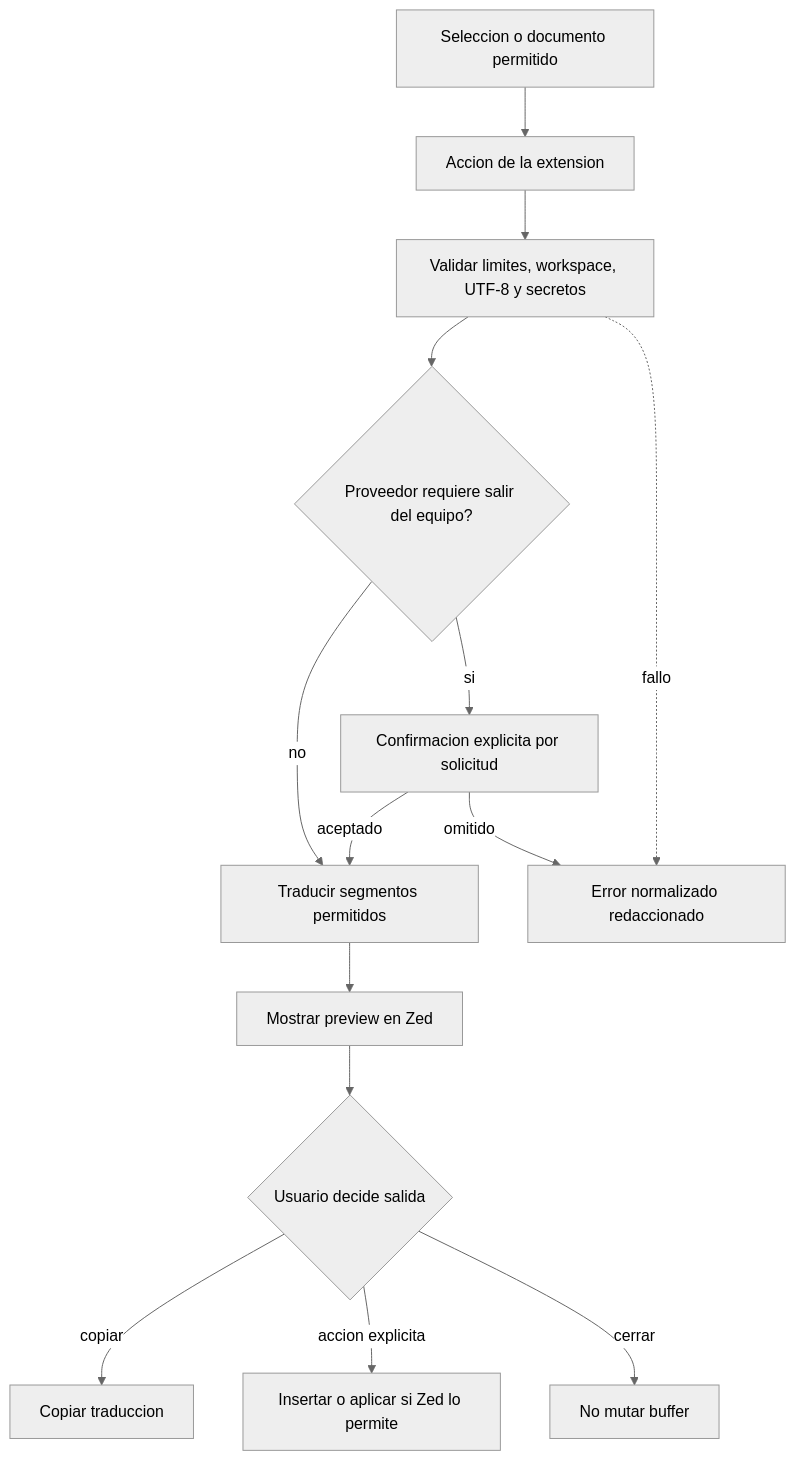
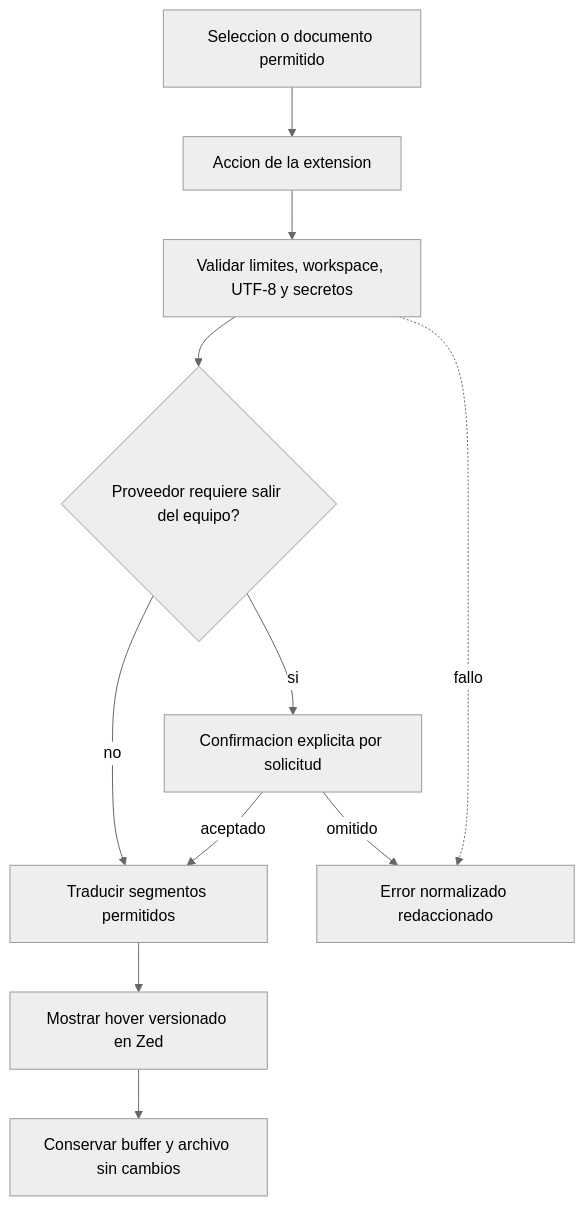
One commit to Theos48/zed-en-es-translator changed the second of 8 diagrams in docs/diagrams.md. Above: the diagram before and after it, drawn with Mermaid (neutral theme). The commit also changed other lines of this file and 57 other files, not shown here.

````diff
--- a/docs/diagrams.md
+++ b/docs/diagrams.md
@@ -43,29 +43,23 @@
 ```mermaid
 flowchart TD
     input[Seleccion o documento permitido]
     command[Accion de la extension]
     validate[Validar limites, workspace, UTF-8 y secretos]
     provider{Proveedor requiere salir del equipo?}
     confirm[Confirmacion explicita por solicitud]
     translate[Traducir segmentos permitidos]
-    preview[Mostrar preview en Zed]
-    apply{Usuario decide salida}
-    copy[Copiar traduccion]
-    insert[Insertar o aplicar si Zed lo permite]
-    keep[No mutar buffer]
+    preview[Mostrar hover versionado en Zed]
+    keep[Conservar buffer y archivo sin cambios]
     reject[Error normalizado redaccionado]
 
     input --> command
     command --> validate
     validate --> provider
     validate -. fallo .-> reject
     provider -- no --> translate
     provider -- si --> confirm
     confirm -- aceptado --> translate
     confirm -- omitido --> reject
     translate --> preview
-    preview --> apply
-    apply -- copiar --> copy
-    apply -- accion explicita --> insert
-    apply -- cerrar --> keep
+    preview --> keep
 ```
````
